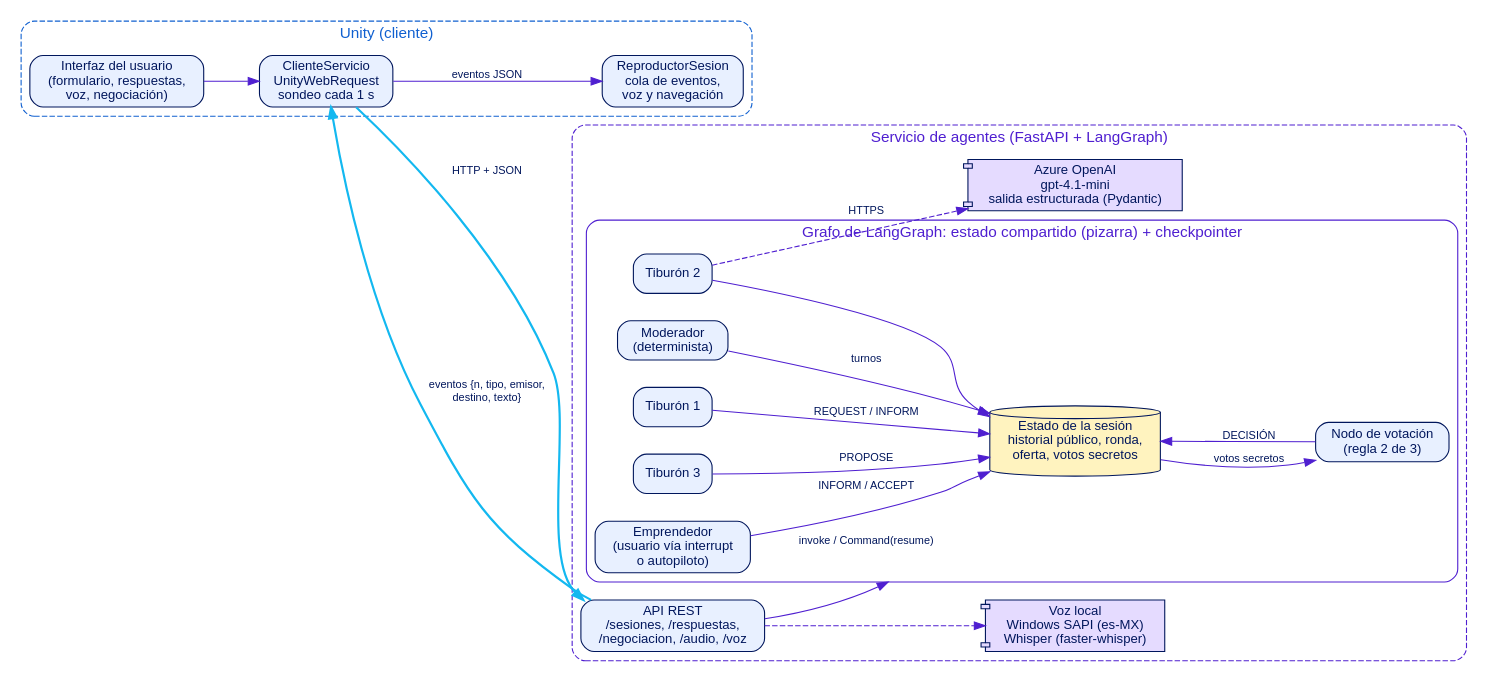
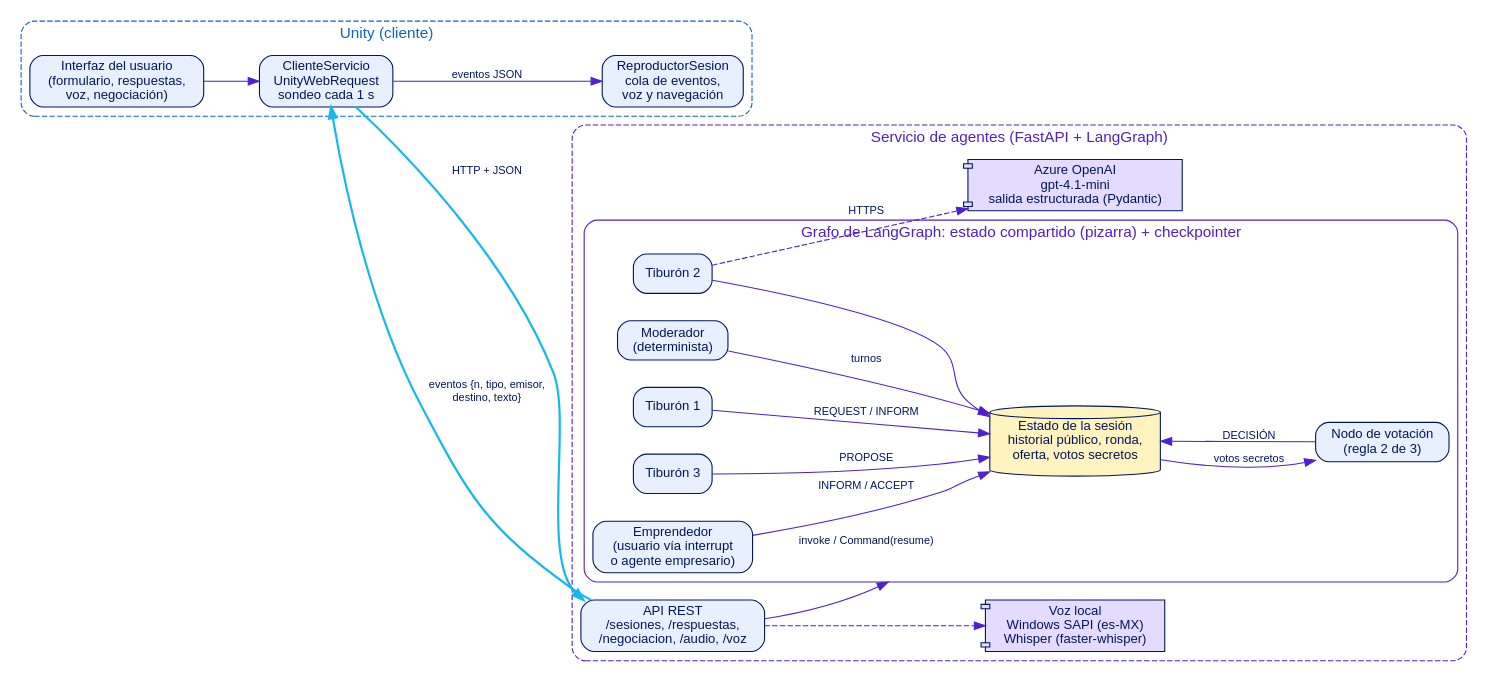
The diagram in docs/figuras/f11_arquitectura_comunicacion.dot (albertolopezb/NeuralHub), drawn with Graphviz before and after one commit. The commit also changed 173 other files, not shown here.

```diff
--- a/docs/figuras/f11_arquitectura_comunicacion.dot
+++ b/docs/figuras/f11_arquitectura_comunicacion.dot
@@ -1,16 +1,16 @@
 digraph G{ bgcolor=white; fontname="Helvetica"; node[fontname="Helvetica",fontsize=12,color="#00165C",fontcolor="#00165C",style="rounded,filled",fillcolor="#E8F0FF",shape=box]; edge[fontname="Helvetica",fontsize=10,color="#4F1FD0",fontcolor="#00165C"]; rankdir=LR; nodesep=.35; ranksep=.7; compound=true;
 subgraph cluster_u{label="Unity (cliente)";fontcolor="#1060D0";color="#1060D0";style="rounded,dashed";
  UI[label="Interfaz del usuario\n(formulario, respuestas,\nvoz, negociación)"]; CS[label="ClienteServicio\nUnityWebRequest\nsondeo cada 1 s"]; RP[label="ReproductorSesion\ncola de eventos,\nvoz y navegación"]; UI->CS; CS->RP[label="eventos JSON"];}
 subgraph cluster_s{label="Servicio de agentes (FastAPI + LangGraph)";fontcolor="#4F1FD0";color="#4F1FD0";style="rounded,dashed";
  API[label="API REST\n/sesiones, /respuestas,\n/negociacion, /audio, /voz"];
  subgraph cluster_g{label="Grafo de LangGraph: estado compartido (pizarra) + checkpointer";fontcolor="#4F1FD0";color="#4F1FD0";style="rounded";
   ST[label="Estado de la sesión\nhistorial público, ronda,\noferta, votos secretos",shape=cylinder,fillcolor="#FFF3BF"];
-  MOD[label="Moderador\n(determinista)"]; T1[label="Tiburón 1"]; T2[label="Tiburón 2"]; T3[label="Tiburón 3"]; VOT[label="Nodo de votación\n(regla 2 de 3)"]; EMP[label="Emprendedor\n(usuario vía interrupt\no autopiloto)"];
+  MOD[label="Moderador\n(determinista)"]; T1[label="Tiburón 1"]; T2[label="Tiburón 2"]; T3[label="Tiburón 3"]; VOT[label="Nodo de votación\n(regla 2 de 3)"]; EMP[label="Emprendedor\n(usuario vía interrupt\no agente empresario)"];
   MOD->ST[label="turnos"]; T1->ST[label="REQUEST / INFORM"]; T2->ST; T3->ST[label="PROPOSE"]; ST->VOT[label="votos secretos"]; VOT->ST[label="DECISIÓN"]; EMP->ST[label="INFORM / ACCEPT"];
  }
  LLM[label="Azure OpenAI\ngpt-4.1-mini\nsalida estructurada (Pydantic)",shape=component,fillcolor="#E5DBFF"];
  VOZ[label="Voz local\nWindows SAPI (es-MX)\nWhisper (faster-whisper)",shape=component,fillcolor="#E5DBFF"];
  API->ST[label="invoke / Command(resume)",lhead=cluster_g]; T2->LLM[label="HTTPS",style=dashed]; API->VOZ[style=dashed];
 }
 CS->API[label="HTTP + JSON",color="#13B8F0",penwidth=2]; API->CS[label="eventos {n, tipo, emisor,\ndestino, texto}",color="#13B8F0",penwidth=2];
 }
```
